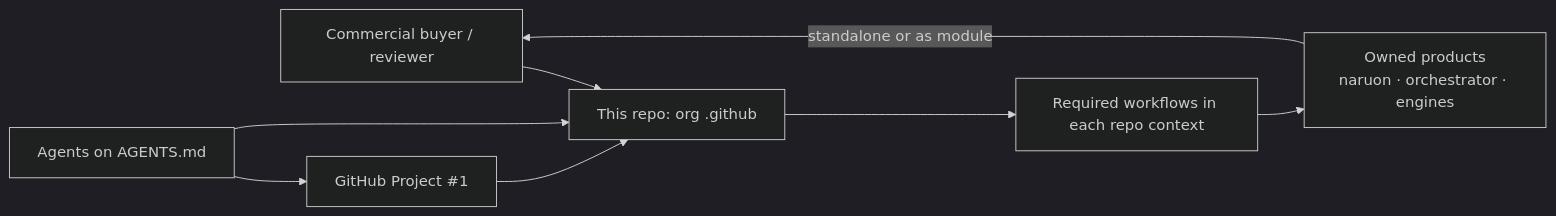
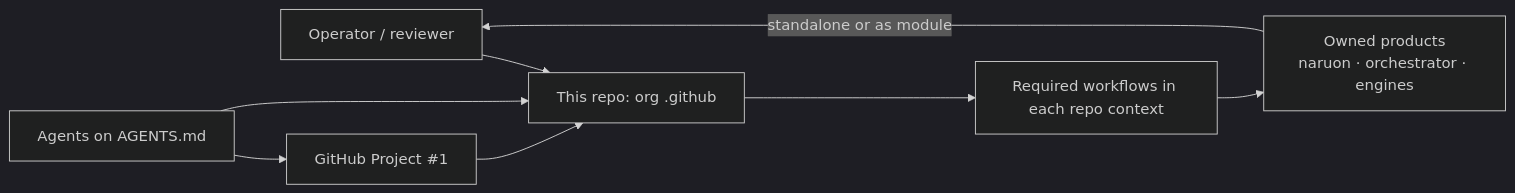
The first of 4 diagrams in ARCHITECTURE.md (ContextualWisdomLab/.github), drawn with Mermaid (dark theme) before and after one commit. The commit also changed other lines of this file and 7 other files, not shown here.

````diff
--- a/ARCHITECTURE.md
+++ b/ARCHITECTURE.md
@@ -10,17 +12,17 @@
 ```mermaid
 flowchart LR
-  Buyer["Commercial buyer / reviewer"]
+  Operator["Operator / reviewer"]
   Agents["Agents on AGENTS.md"]
   Project["GitHub Project #1"]
   Hub["This repo: org .github"]
   Products["Owned products<br/>naruon · orchestrator · engines"]
   Runner["Required workflows in each repo context"]
 
-  Buyer --> Hub
+  Operator --> Hub
   Agents --> Project
   Agents --> Hub
   Project --> Hub
   Hub --> Runner
   Runner --> Products
-  Products -->|"standalone or as module"| Buyer
+  Products -->|"standalone or as module"| Operator
 ```
````
